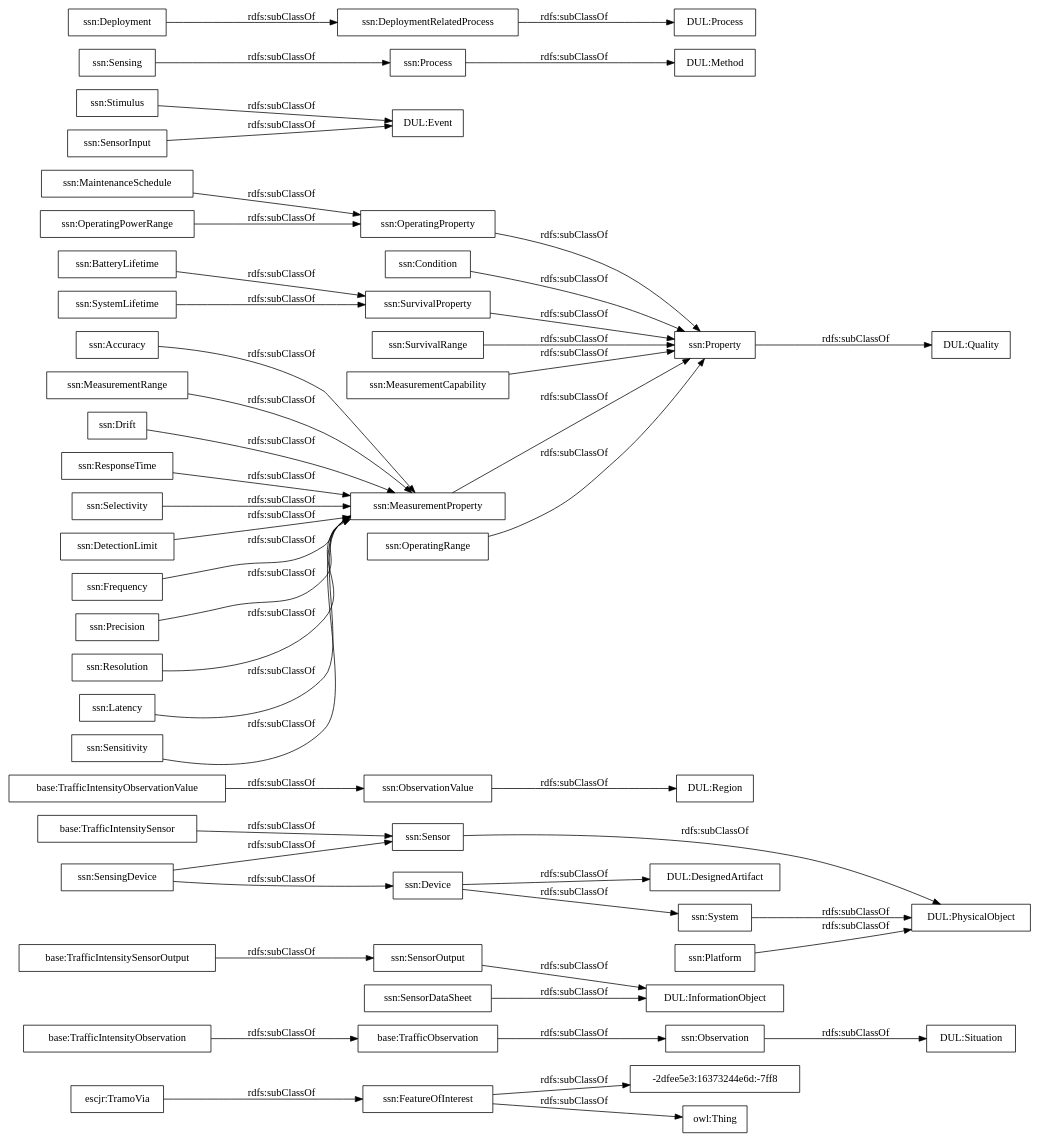
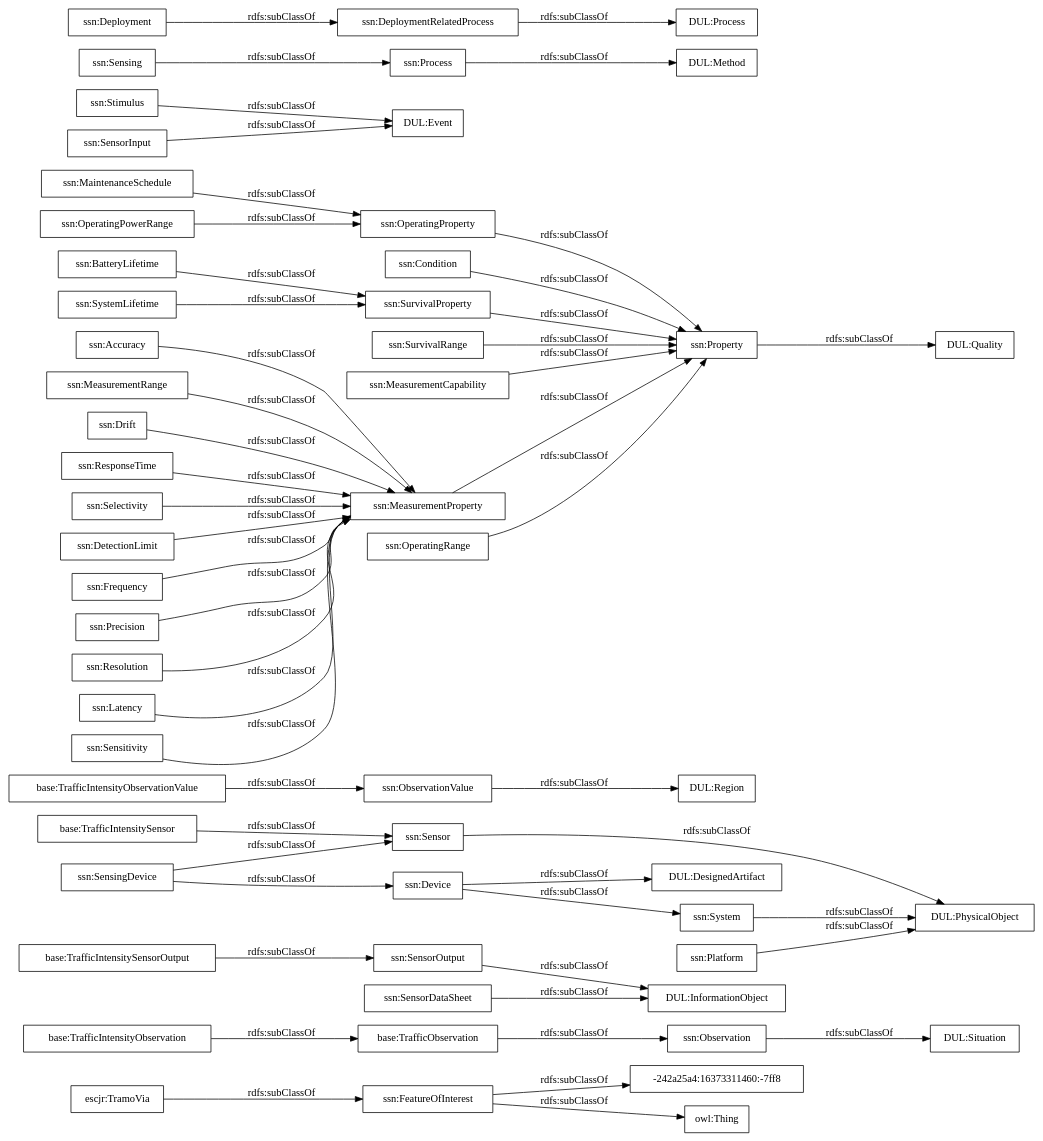
One commit to ma-garcia/transporte-trafico-tiempo-real changed the diagram in OnToology/trafico.owl/diagrams/ar2dtool-taxonomy/trafico.owl.png.dot. Above: the diagram before and after it, drawn with Graphviz. The commit also changed 5 other files, not shown here.

```diff
--- a/OnToology/trafico.owl/diagrams/ar2dtool-taxonomy/trafico.owl.png.dot
+++ b/OnToology/trafico.owl/diagrams/ar2dtool-taxonomy/trafico.owl.png.dot
@@ -1,54 +1,54 @@
 digraph ar2dtool_diagram { 
 rankdir=LR;
 size="1000"
-node [shape = rectangle, color="black"]; "escjr:TramoVia" "base:TrafficObservation" "base:TrafficIntensitySensorOutput" "base:TrafficIntensitySensor" "base:TrafficIntensityObservationValue" "base:TrafficIntensityObservation" "ssn:Accuracy" "ssn:DetectionLimit" "ssn:Frequency" "ssn:Condition" "DUL:Region" "DUL:Situation" "DUL:PhysicalObject" "ssn:SensorOutput" "ssn:Precision" "ssn:Resolution" "DUL:Quality" "ssn:FeatureOfInterest" "ssn:Sensor" "DUL:InformationObject" "ssn:OperatingProperty" "DUL:Event" "ssn:OperatingPowerRange" "DUL:Method" "ssn:MaintenanceSchedule" "ssn:Sensing" "ssn:Latency" "ssn:SurvivalRange" "ssn:SensingDevice" "DUL:DesignedArtifact" "ssn:Sensitivity" "ssn:Stimulus" "DUL:Process" "ssn:MeasurementRange" "ssn:System" "ssn:SystemLifetime" "ssn:Property" "ssn:MeasurementProperty" "ssn:Process" "ssn:Deployment" "ssn:MeasurementCapability" "ssn:BatteryLifetime" "-2dfee5e3:16373244e6d:-7ff8" "ssn:Drift" "ssn:DeploymentRelatedProcess" "ssn:SensorInput" "ssn:ResponseTime" "ssn:ObservationValue" "ssn:SensorDataSheet" "ssn:Observation" "ssn:Selectivity" "ssn:SurvivalProperty" "ssn:Device" "ssn:OperatingRange" "ssn:Platform" ; /*classes style*/
+node [shape = rectangle, color="black"]; "escjr:TramoVia" "base:TrafficObservation" "base:TrafficIntensitySensorOutput" "base:TrafficIntensitySensor" "base:TrafficIntensityObservationValue" "base:TrafficIntensityObservation" "-242a25a4:16373311460:-7ff8" "ssn:Accuracy" "ssn:DetectionLimit" "ssn:Frequency" "ssn:Condition" "DUL:Region" "DUL:Situation" "DUL:PhysicalObject" "ssn:SensorOutput" "ssn:Precision" "ssn:Resolution" "DUL:Quality" "ssn:FeatureOfInterest" "ssn:Sensor" "DUL:InformationObject" "ssn:OperatingProperty" "DUL:Event" "ssn:OperatingPowerRange" "DUL:Method" "ssn:MaintenanceSchedule" "ssn:Sensing" "ssn:Latency" "ssn:SurvivalRange" "ssn:SensingDevice" "DUL:DesignedArtifact" "ssn:Sensitivity" "ssn:Stimulus" "DUL:Process" "ssn:MeasurementRange" "ssn:System" "ssn:SystemLifetime" "ssn:Property" "ssn:MeasurementProperty" "ssn:Process" "ssn:Deployment" "ssn:MeasurementCapability" "ssn:BatteryLifetime" "ssn:Drift" "ssn:DeploymentRelatedProcess" "ssn:SensorInput" "ssn:ResponseTime" "ssn:ObservationValue" "ssn:SensorDataSheet" "ssn:Observation" "ssn:Selectivity" "ssn:SurvivalProperty" "ssn:Device" "ssn:OperatingRange" "ssn:Platform" ; /*classes style*/
 	"ssn:Deployment" -> "ssn:DeploymentRelatedProcess" [ label = "rdfs:subClassOf" ];
 	"ssn:SensingDevice" -> "ssn:Sensor" [ label = "rdfs:subClassOf" ];
 	"ssn:SensingDevice" -> "ssn:Device" [ label = "rdfs:subClassOf" ];
 	"ssn:DeploymentRelatedProcess" -> "DUL:Process" [ label = "rdfs:subClassOf" ];
 	"ssn:Accuracy" -> "ssn:MeasurementProperty" [ label = "rdfs:subClassOf" ];
 	"ssn:FeatureOfInterest" -> "owl:Thing" [ label = "rdfs:subClassOf" ];
-	"ssn:FeatureOfInterest" -> "-2dfee5e3:16373244e6d:-7ff8" [ label = "rdfs:subClassOf" ];
+	"ssn:FeatureOfInterest" -> "-242a25a4:16373311460:-7ff8" [ label = "rdfs:subClassOf" ];
 	"ssn:Latency" -> "ssn:MeasurementProperty" [ label = "rdfs:subClassOf" ];
 	"base:TrafficIntensityObservation" -> "base:TrafficObservation" [ label = "rdfs:subClassOf" ];
 	"ssn:Process" -> "DUL:Method" [ label = "rdfs:subClassOf" ];
 	"ssn:Property" -> "DUL:Quality" [ label = "rdfs:subClassOf" ];
 	"ssn:MeasurementProperty" -> "ssn:Property" [ label = "rdfs:subClassOf" ];
 	"ssn:ResponseTime" -> "ssn:MeasurementProperty" [ label = "rdfs:subClassOf" ];
 	"ssn:OperatingRange" -> "ssn:Property" [ label = "rdfs:subClassOf" ];
 	"ssn:MeasurementRange" -> "ssn:MeasurementProperty" [ label = "rdfs:subClassOf" ];
 	"ssn:Stimulus" -> "DUL:Event" [ label = "rdfs:subClassOf" ];
 	"ssn:SurvivalProperty" -> "ssn:Property" [ label = "rdfs:subClassOf" ];
 	"base:TrafficIntensitySensorOutput" -> "ssn:SensorOutput" [ label = "rdfs:subClassOf" ];
 	"ssn:MaintenanceSchedule" -> "ssn:OperatingProperty" [ label = "rdfs:subClassOf" ];
 	"base:TrafficIntensitySensor" -> "ssn:Sensor" [ label = "rdfs:subClassOf" ];
 	"ssn:SensorInput" -> "DUL:Event" [ label = "rdfs:subClassOf" ];
 	"ssn:Sensitivity" -> "ssn:MeasurementProperty" [ label = "rdfs:subClassOf" ];
 	"ssn:Drift" -> "ssn:MeasurementProperty" [ label = "rdfs:subClassOf" ];
 	"ssn:System" -> "DUL:PhysicalObject" [ label = "rdfs:subClassOf" ];
 	"ssn:Resolution" -> "ssn:MeasurementProperty" [ label = "rdfs:subClassOf" ];
 	"ssn:Precision" -> "ssn:MeasurementProperty" [ label = "rdfs:subClassOf" ];
 	"escjr:TramoVia" -> "ssn:FeatureOfInterest" [ label = "rdfs:subClassOf" ];
 	"ssn:DetectionLimit" -> "ssn:MeasurementProperty" [ label = "rdfs:subClassOf" ];
 	"ssn:Sensor" -> "DUL:PhysicalObject" [ label = "rdfs:subClassOf" ];
 	"ssn:SensorDataSheet" -> "DUL:InformationObject" [ label = "rdfs:subClassOf" ];
 	"ssn:OperatingPowerRange" -> "ssn:OperatingProperty" [ label = "rdfs:subClassOf" ];
 	"ssn:ObservationValue" -> "DUL:Region" [ label = "rdfs:subClassOf" ];
 	"base:TrafficObservation" -> "ssn:Observation" [ label = "rdfs:subClassOf" ];
 	"ssn:Device" -> "DUL:DesignedArtifact" [ label = "rdfs:subClassOf" ];
 	"ssn:Device" -> "ssn:System" [ label = "rdfs:subClassOf" ];
 	"ssn:Platform" -> "DUL:PhysicalObject" [ label = "rdfs:subClassOf" ];
 	"ssn:OperatingProperty" -> "ssn:Property" [ label = "rdfs:subClassOf" ];
 	"ssn:Selectivity" -> "ssn:MeasurementProperty" [ label = "rdfs:subClassOf" ];
 	"ssn:BatteryLifetime" -> "ssn:SurvivalProperty" [ label = "rdfs:subClassOf" ];
 	"ssn:Observation" -> "DUL:Situation" [ label = "rdfs:subClassOf" ];
 	"ssn:Sensing" -> "ssn:Process" [ label = "rdfs:subClassOf" ];
 	"base:TrafficIntensityObservationValue" -> "ssn:ObservationValue" [ label = "rdfs:subClassOf" ];
 	"ssn:SystemLifetime" -> "ssn:SurvivalProperty" [ label = "rdfs:subClassOf" ];
 	"ssn:SurvivalRange" -> "ssn:Property" [ label = "rdfs:subClassOf" ];
 	"ssn:SensorOutput" -> "DUL:InformationObject" [ label = "rdfs:subClassOf" ];
 	"ssn:Frequency" -> "ssn:MeasurementProperty" [ label = "rdfs:subClassOf" ];
 	"ssn:Condition" -> "ssn:Property" [ label = "rdfs:subClassOf" ];
 	"ssn:MeasurementCapability" -> "ssn:Property" [ label = "rdfs:subClassOf" ];
 
 }
```
